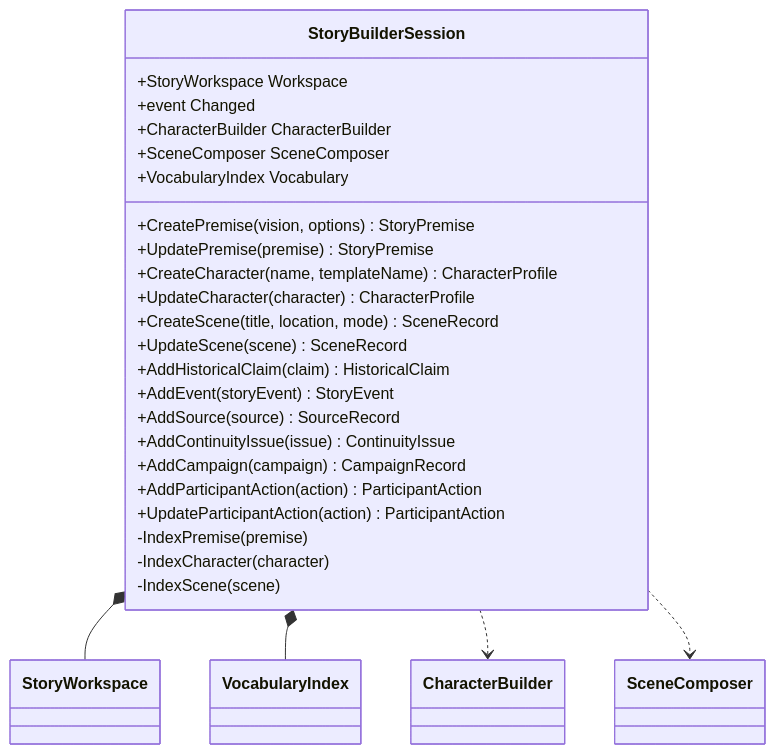
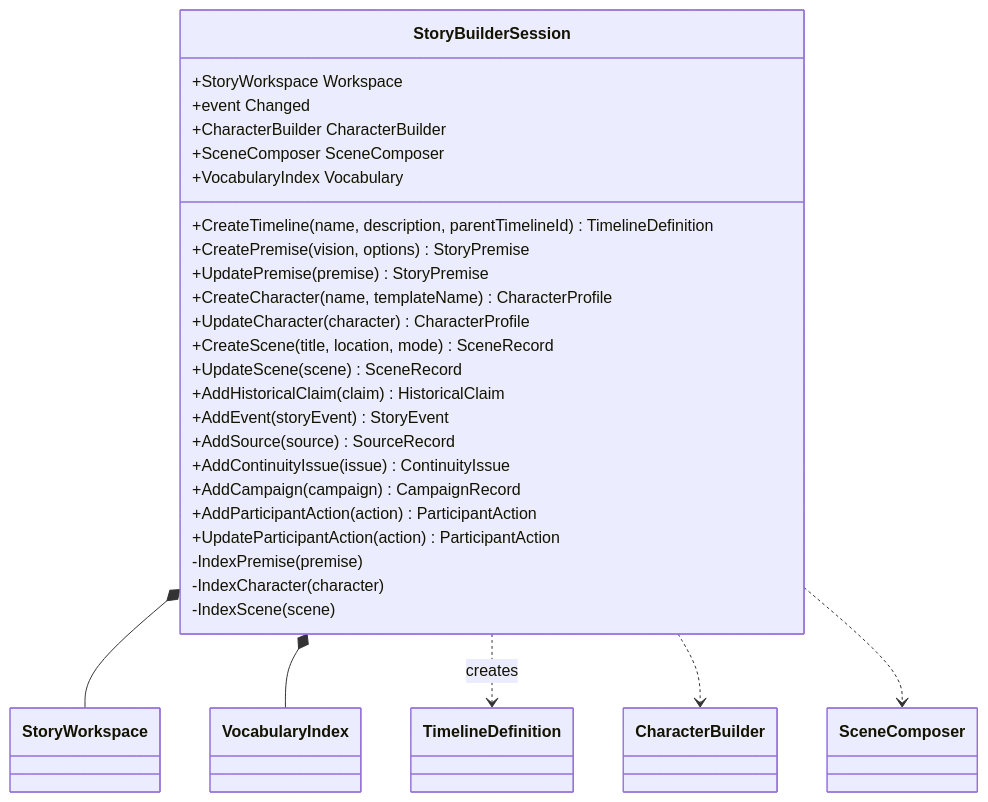
One commit to TrentBest/StoryBuilder changed the diagram in docs/UML/StoryBuilderSessionUML.md. Above: the diagram before and after it, drawn with Mermaid. The commit also changed other lines of this file, not shown here.

Commit message:
Update StoryBuilderSession UML for timelines

````diff
--- a/docs/UML/StoryBuilderSessionUML.md
+++ b/docs/UML/StoryBuilderSessionUML.md
@@ -5,30 +5,32 @@
 ```mermaid
 classDiagram
 class StoryBuilderSession {
   +StoryWorkspace Workspace
   +event Changed
   +CharacterBuilder CharacterBuilder
   +SceneComposer SceneComposer
   +VocabularyIndex Vocabulary
+  +CreateTimeline(name, description, parentTimelineId) TimelineDefinition
   +CreatePremise(vision, options) StoryPremise
   +UpdatePremise(premise) StoryPremise
   +CreateCharacter(name, templateName) CharacterProfile
   +UpdateCharacter(character) CharacterProfile
   +CreateScene(title, location, mode) SceneRecord
   +UpdateScene(scene) SceneRecord
   +AddHistoricalClaim(claim) HistoricalClaim
   +AddEvent(storyEvent) StoryEvent
   +AddSource(source) SourceRecord
   +AddContinuityIssue(issue) ContinuityIssue
   +AddCampaign(campaign) CampaignRecord
   +AddParticipantAction(action) ParticipantAction
   +UpdateParticipantAction(action) ParticipantAction
   -IndexPremise(premise)
   -IndexCharacter(character)
   -IndexScene(scene)
 }
 StoryBuilderSession *-- StoryWorkspace
 StoryBuilderSession *-- VocabularyIndex
+StoryBuilderSession ..> TimelineDefinition : creates
 StoryBuilderSession ..> CharacterBuilder
 StoryBuilderSession ..> SceneComposer
 ```
````
